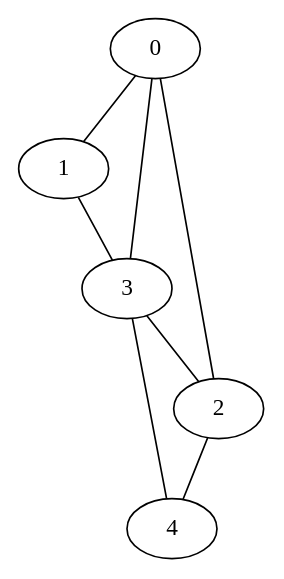
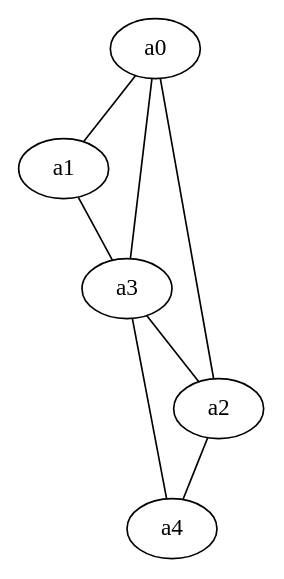
Before and after one commit to irtezasyed007/LimitedRandomWalk: the diagram in LimitedRandomWalk/DOT_Graph_Test.dot, drawn with Graphviz. The commit also changed 57977 other files, not shown here.

```diff
--- a/LimitedRandomWalk/DOT_Graph_Test.dot
+++ b/LimitedRandomWalk/DOT_Graph_Test.dot
@@ -1,14 +1,14 @@
 graph G {
-0;
-1;
-2;
-3;
-4;
-0--1 ;
-0--3 ;
-2--0 ;
-3--2 ;
-2--4 ;
-1--3 ;
-3--4 ;
+a0;
+a1;
+a2;
+a3;
+a4;
+a0--a1 ;
+a0--a3 ;
+a2--a0 ;
+a3--a2 ;
+a2--a4 ;
+a1--a3 ;
+a3--a4 ;
 }
```
